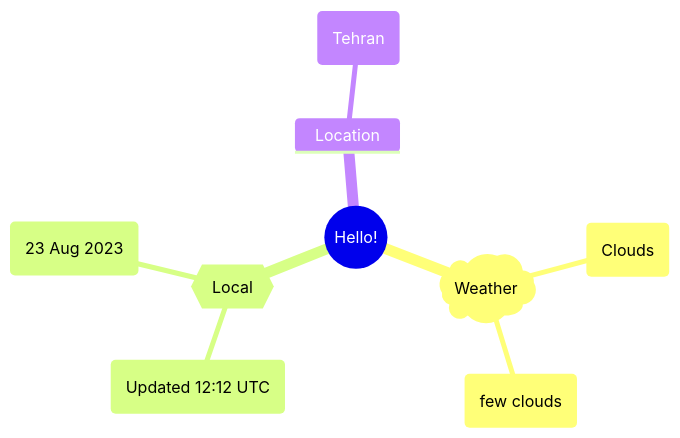
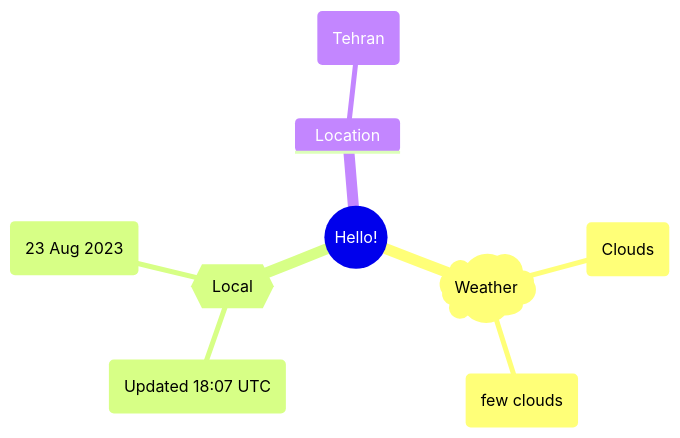
Before and after one commit to Xosrov/Xosrov: the first of 2 diagrams in README.md, drawn with Mermaid.

Commit message:
[bot] updated images

````diff
--- a/README.md
+++ b/README.md
@@ -3,12 +3,12 @@
 ```mermaid
 mindmap
   root((Hello!))
     )Weather(
         (Clouds)
         (few clouds)
     {{Local}}
-        (Updated 12:12 UTC)
+        (Updated 18:07 UTC)
         (23 Aug 2023)
     Location
         (Tehran)
 ```
````
